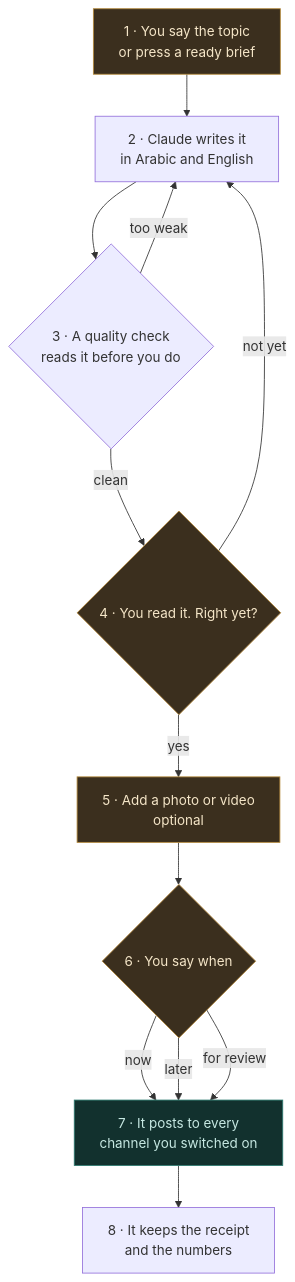
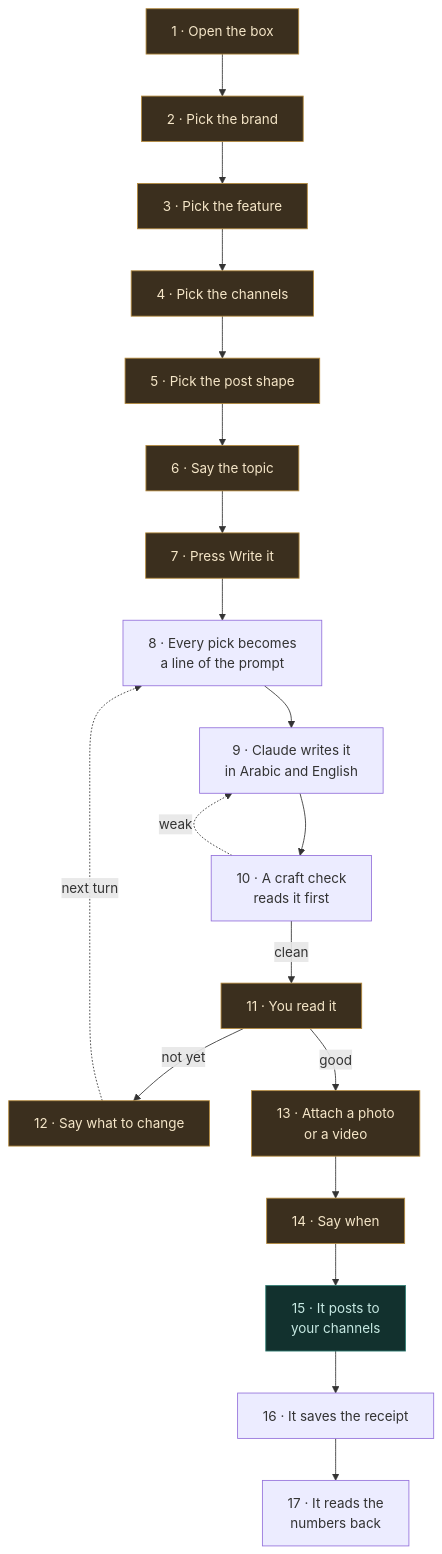
One commit to databayt/kun changed the first of 2 diagrams in content/docs/social/index.mdx. Above: the diagram before and after it, drawn with Mermaid. The commit also changed other lines of this file, not shown here.

````diff
--- a/content/docs/social/index.mdx
+++ b/content/docs/social/index.mdx
@@ -18,26 +15,32 @@
 ```mermaid
 graph TD
-    S1["1 · You say the topic<br/>or press a ready brief"]
-    S2["2 · Claude writes it<br/>in Arabic and English"]
-    S3{"3 · A quality check<br/>reads it before you do"}
-    S4{"4 · You read it. Right yet?"}
-    S5["5 · Add a photo or video<br/>optional"]
-    S6{"6 · You say when"}
-    S7["7 · It posts to every<br/>channel you switched on"]
-    S8["8 · It keeps the receipt<br/>and the numbers"]
+    S1["1 · Open the box"]
+    S2["2 · Pick the brand"]
+    S3["3 · Pick the feature"]
+    S4["4 · Pick the channels"]
+    S5["5 · Pick the post shape"]
+    S6["6 · Say the topic"]
+    S7["7 · Press Write it"]
+    S8["8 · Every pick becomes<br/>a line of the prompt"]
+    S9["9 · Claude writes it<br/>in Arabic and English"]
+    S10["10 · A craft check<br/>reads it first"]
+    S11["11 · You read it"]
+    S12["12 · Say what to change"]
+    S13["13 · Attach a photo<br/>or a video"]
+    S14["14 · Say when"]
+    S15["15 · It posts to<br/>your channels"]
+    S16["16 · It saves the receipt"]
+    S17["17 · It reads the<br/>numbers back"]
 
-    S1 --> S2 --> S3
-    S3 -- "too weak" --> S2
-    S3 -- "clean" --> S4
-    S4 -- "not yet" --> S2
-    S4 -- "yes" --> S5 --> S6
-    S6 -- "now" --> S7
-    S6 -- "later" --> S7
-    S6 -- "for review" --> S7
-    S7 --> S8
+    S1 --> S2 --> S3 --> S4 --> S5 --> S6 --> S7 --> S8 --> S9 --> S10
+    S10 -. "weak" .-> S9
+    S10 -- "clean" --> S11
+    S11 -- "not yet" --> S12
+    S12 -. "next turn" .-> S8
+    S11 -- "good" --> S13 --> S14 --> S15 --> S16 --> S17
 
     classDef you fill:#3b2f1e,stroke:#b58a3c,color:#f5e6c8;
     classDef live fill:#12312e,stroke:#2f7d72,color:#c6e8e2;
-    class S1,S4,S5,S6 you;
-    class S7 live;
+    class S1,S2,S3,S4,S5,S6,S7,S11,S12,S13,S14 you;
+    class S15 live;
 ```
````
